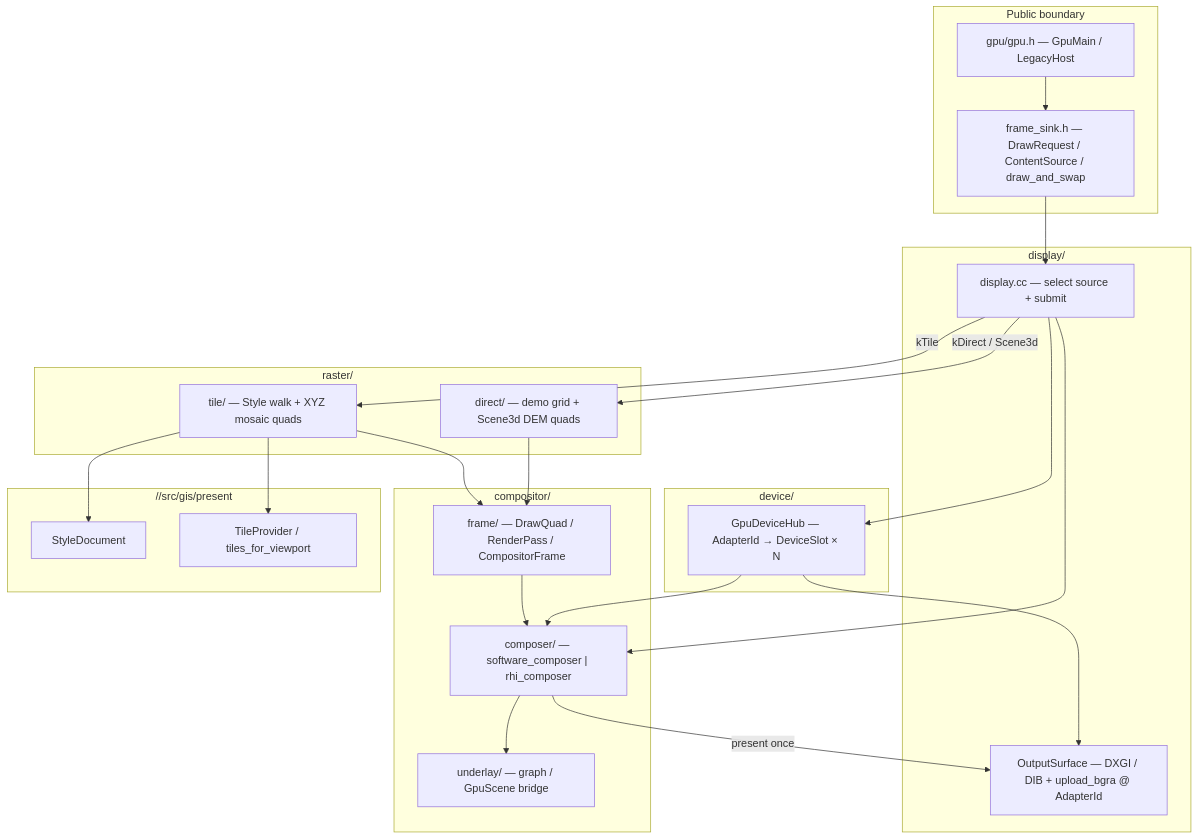
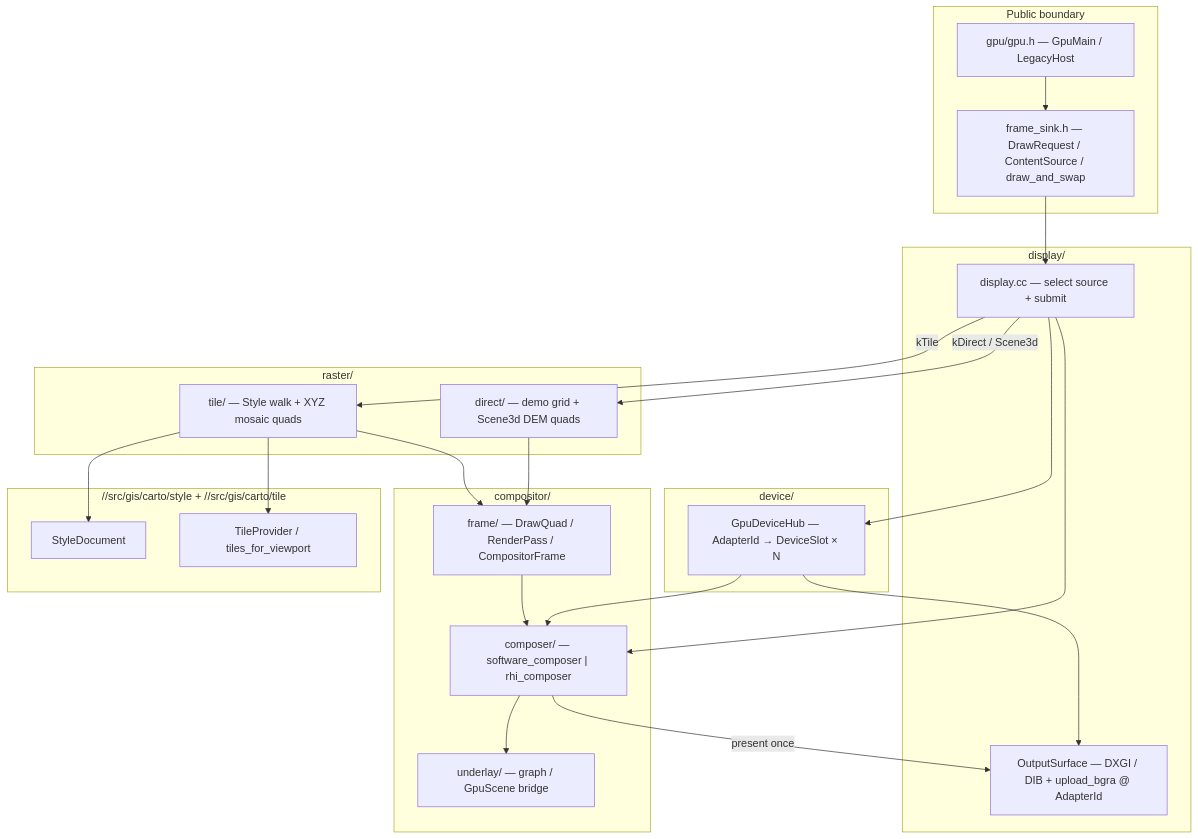
Before and after one commit to jsccl1988/smartgis: the first of 5 diagrams in src/gpu/README.md, drawn with Mermaid. The commit also changed other lines of this file and 1915 other files, not shown here.

````diff
--- a/src/gpu/README.md
+++ b/src/gpu/README.md
@@ -54,48 +54,48 @@
 ```mermaid
 flowchart TB
   subgraph Boundary["Public boundary"]
     GpuH["gpu/gpu.h — GpuMain / LegacyHost"]
     FS["frame_sink.h — DrawRequest / ContentSource / draw_and_swap"]
   end
 
   subgraph Display["display/"]
     Disp["display.cc — select source + submit"]
     OS["OutputSurface — DXGI / DIB + upload_bgra @ AdapterId"]
   end
 
   subgraph Device["device/"]
     Hub["GpuDeviceHub — AdapterId → DeviceSlot × N"]
   end
 
   subgraph Raster["raster/"]
     Direct["direct/ — demo grid + Scene3d DEM quads"]
     Tile["tile/ — Style walk + XYZ mosaic quads"]
   end
 
   subgraph Comp["compositor/"]
     Frame["frame/ — DrawQuad / RenderPass / CompositorFrame"]
     CompSR["composer/ — software_composer | rhi_composer"]
     Under["underlay/ — graph / GpuScene bridge"]
   end
 
-  subgraph GIS["//src/gis/present"]
+  subgraph GIS["//src/gis/carto/style + //src/gis/carto/tile"]
     Style["StyleDocument"]
     TP["TileProvider / tiles_for_viewport"]
   end
 
   GpuH --> FS
   FS --> Disp
   Disp --> Hub
   Hub --> OS
   Disp -->|kDirect / Scene3d| Direct
   Disp -->|kTile| Tile
   Tile --> Style
   Tile --> TP
   Direct --> Frame
   Tile --> Frame
   Disp --> CompSR
   Hub --> CompSR
   Frame --> CompSR
   CompSR --> Under
   CompSR -->|present once| OS
 ```
````
